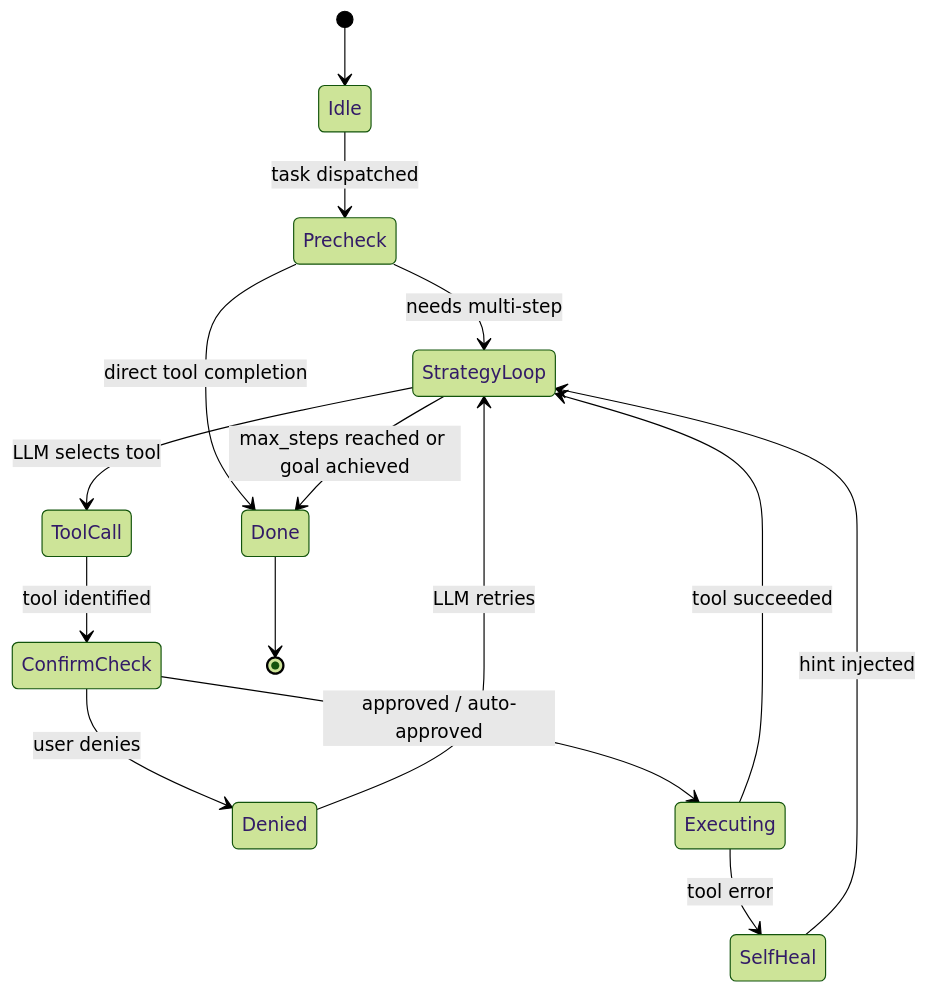
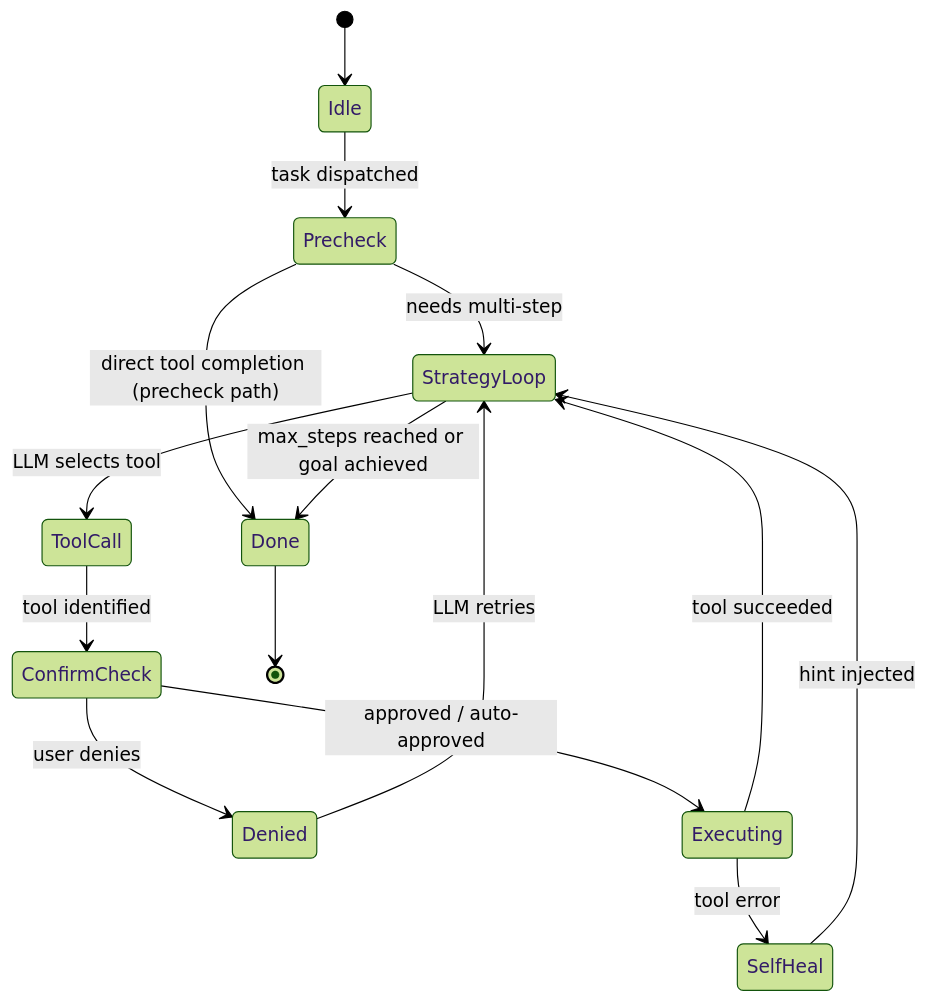
The second of 6 diagrams in docs/architecture.md (Enreign/athena), drawn with Mermaid (forest theme) before and after one commit. The commit also changed other lines of this file and 8 other files, not shown here.

````diff
--- a/docs/architecture.md
+++ b/docs/architecture.md
@@ -100,20 +100,20 @@
 ```mermaid
 stateDiagram-v2
     [*] --> Idle
 
     Idle --> Precheck : task dispatched
-    Precheck --> Done : direct tool completion
+    Precheck --> Done : direct tool completion (precheck path)
     Precheck --> StrategyLoop : needs multi-step
 
     StrategyLoop --> ToolCall : LLM selects tool
     ToolCall --> ConfirmCheck : tool identified
     ConfirmCheck --> Denied : user denies
     ConfirmCheck --> Executing : approved / auto-approved
     Denied --> StrategyLoop : LLM retries
     Executing --> SelfHeal : tool error
     SelfHeal --> StrategyLoop : hint injected
     Executing --> StrategyLoop : tool succeeded
     StrategyLoop --> Done : max_steps reached or goal achieved
 
     Done --> [*]
 ```
````
